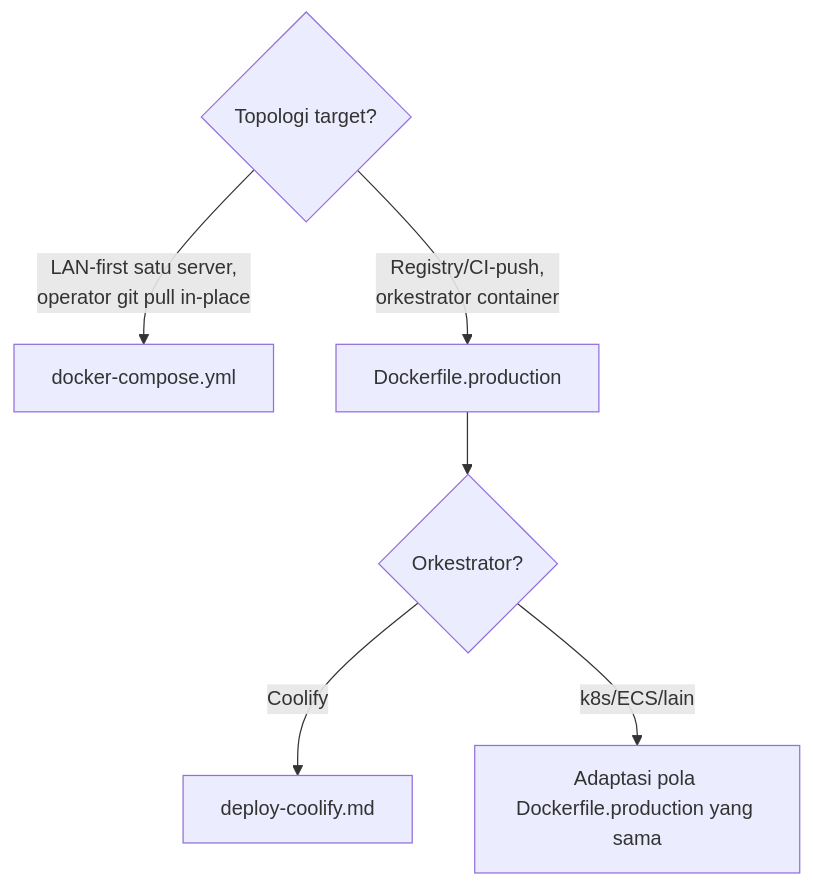
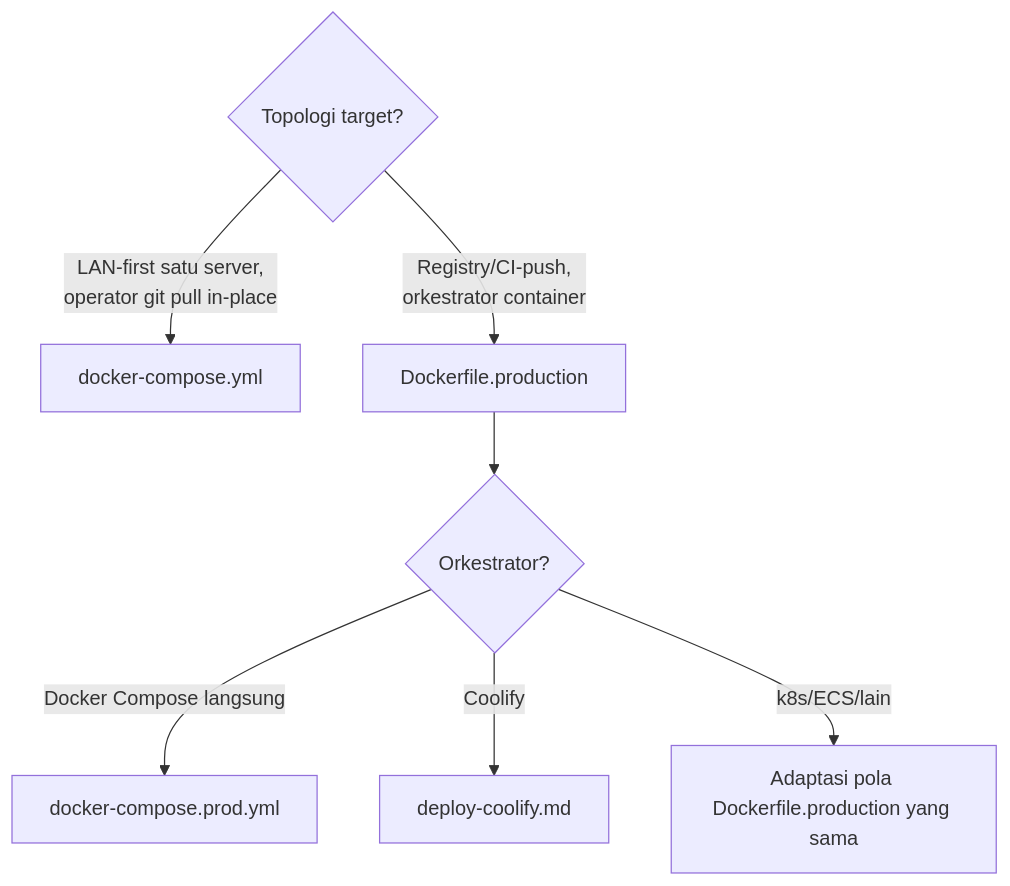
Before and after one commit to ahliweb/awcms-mini: the diagram in .claude/skills/awcms-mini-deploy/SKILL.md, drawn with Mermaid. The commit also changed other lines of this file and 9 other files, not shown here.

First line of the commit message:
security(deploy): harden Docker Compose, PgBouncer, and production image defaults (#706)

````diff
--- a/.claude/skills/awcms-mini-deploy/SKILL.md
+++ b/.claude/skills/awcms-mini-deploy/SKILL.md
@@ -13,8 +13,9 @@
 ```mermaid
 flowchart TD
   A{Topologi target?} -->|LAN-first satu server,\noperator git pull in-place| B[docker-compose.yml]
   A -->|Registry/CI-push,\norkestrator container| C[Dockerfile.production]
   C --> D{Orkestrator?}
+  D -->|Docker Compose langsung| G[docker-compose.prod.yml]
   D -->|Coolify| E[deploy-coolify.md]
   D -->|k8s/ECS/lain| F[Adaptasi pola Dockerfile.production yang sama]
 ```
````
